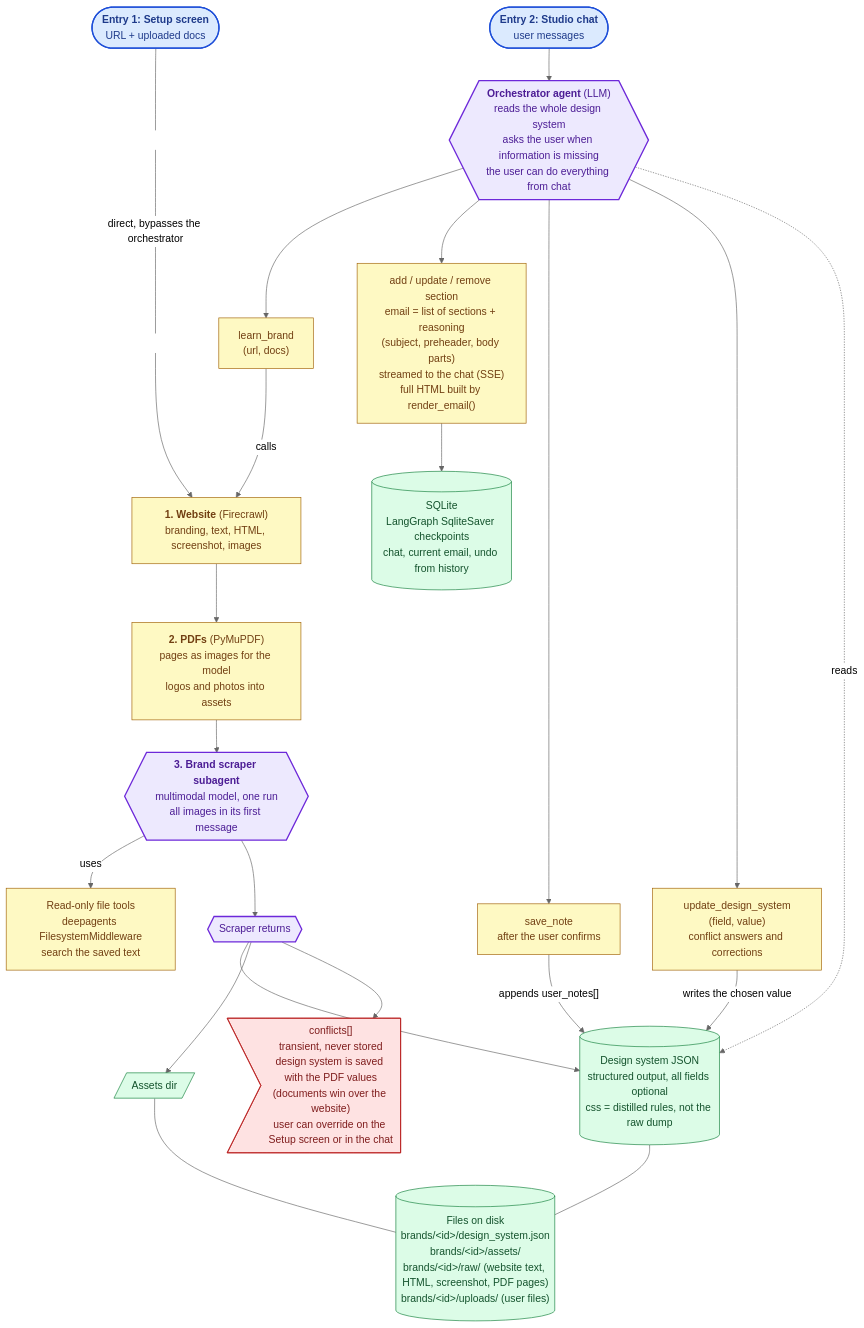
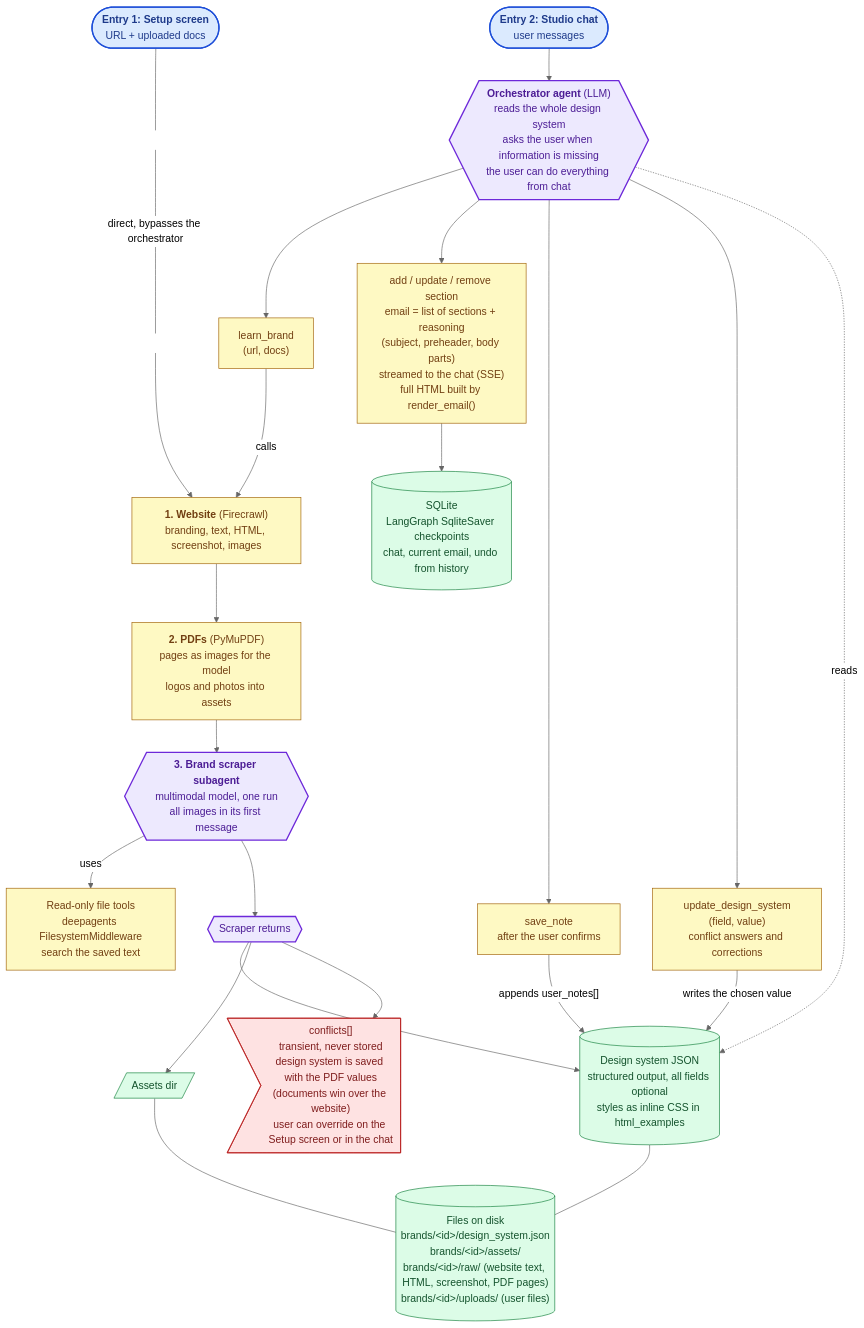
One commit to fed3c3sa/textyess-email-agent changed the diagram in README.md. Above: the diagram before and after it, drawn with Mermaid (neutral theme). The commit also changed 4 other files, not shown here.

Commit message:
simplify moving css into css inline in the html

````diff
--- a/README.md
+++ b/README.md
@@ -8,67 +8,67 @@
 ```mermaid
 flowchart TB
     SETUPUI(["<b>Entry 1: Setup screen</b><br/>URL + uploaded docs"])
     CHAT(["<b>Entry 2: Studio chat</b><br/>user messages"])
 
     SCRAPER{{"<b>3. Brand scraper subagent</b><br/>multimodal model, one run<br/>all images in its first message"}}
     ORCH{{"<b>Orchestrator agent</b> (LLM)<br/>reads the whole design system<br/>asks the user when information is missing<br/>the user can do everything from chat"}}
 
     FSMW["Read-only file tools<br/>deepagents FilesystemMiddleware<br/>search the saved text"]
     WEB["<b>1. Website</b> (Firecrawl)<br/>branding, text, HTML, screenshot, images"]
     PDF["<b>2. PDFs</b> (PyMuPDF)<br/>pages as images for the model<br/>logos and photos into assets"]
 
     LEARN["learn_brand<br/>(url, docs)"]
     SECT["add / update / remove section<br/>email = list of sections + reasoning<br/>(subject, preheader, body parts)<br/>streamed to the chat (SSE)<br/>full HTML built by render_email()"]
     NOTE["save_note<br/>after the user confirms"]
     UPDATE["update_design_system<br/>(field, value)<br/>conflict answers and corrections"]
 
     RET{{"Scraper returns"}}
-    DS[("Design system JSON<br/>structured output, all fields optional<br/>css = distilled rules, not the raw dump")]
+    DS[("Design system JSON<br/>structured output, all fields optional<br/>styles as inline CSS in html_examples")]
     ASSETS[/"Assets dir"/]
     CONF>"conflicts[]<br/>transient, never stored<br/>design system is saved with the PDF values<br/>(documents win over the website)<br/>user can override on the Setup screen or in the chat"]
 
     STORE[("SQLite<br/>LangGraph SqliteSaver checkpoints<br/>chat, current email, undo from history")]
     FILES[("Files on disk<br/>brands/&lt;id&gt;/design_system.json<br/>brands/&lt;id&gt;/assets/<br/>brands/&lt;id&gt;/raw/ (website text, HTML, screenshot, PDF pages)<br/>brands/&lt;id&gt;/uploads/ (user files)")]
 
     SP1[" "]
     SP2[" "]
     SETUPUI --- SP1
     SP1 -- "direct, bypasses the orchestrator" --- SP2
     SP2 --> WEB
     CHAT --> ORCH
 
     ORCH --> LEARN
     ORCH --> SECT
     ORCH --> NOTE
     ORCH --> UPDATE
     LEARN -- "calls" --> WEB
 
     WEB --> PDF
     PDF --> SCRAPER
     SCRAPER -- "uses" --> FSMW
     SCRAPER --> RET
 
     RET --> DS
     RET --> ASSETS
     RET --> CONF
 
     NOTE -- "appends user_notes[]" --> DS
     UPDATE -- "writes the chosen value" --> DS
     ORCH -. "reads" .-> DS
     SECT --> STORE
     DS --- FILES
     ASSETS --- FILES
 
     classDef hidden fill:none,stroke:none,color:none
     classDef entry fill:#dbeafe,stroke:#1d4ed8,stroke-width:2px,color:#1e3a8a
     classDef agent fill:#ede9fe,stroke:#6d28d9,stroke-width:2px,color:#4c1d95
     classDef tool fill:#fef9c3,stroke:#a16207,color:#713f12
     classDef data fill:#dcfce7,stroke:#15803d,color:#14532d
     classDef warn fill:#fee2e2,stroke:#b91c1c,color:#7f1d1d
     class SETUPUI,CHAT entry
     class ORCH,SCRAPER,RET agent
     class LEARN,SECT,NOTE,UPDATE,FSMW,WEB,PDF tool
     class DS,ASSETS,STORE,FILES data
     class CONF warn
     class SP1,SP2 hidden
 ```
````
